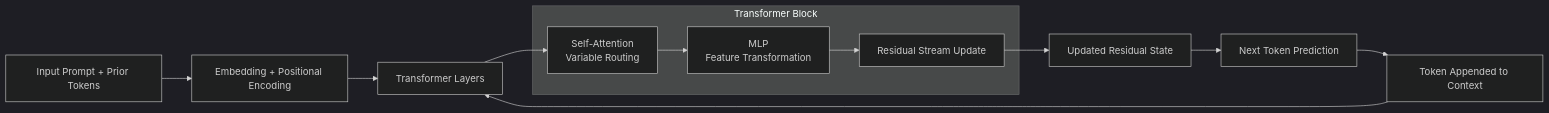
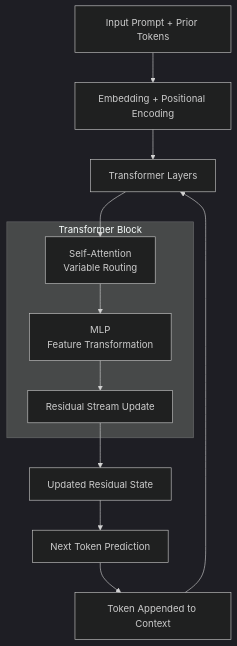
One commit to mikew686/ai-learn changed the diagram in ai-research/foundations_reasoning.md. Above: the diagram before and after it, drawn with Mermaid (dark theme).

Commit message:
chart format

````diff
--- a/ai-research/foundations_reasoning.md
+++ b/ai-research/foundations_reasoning.md
@@ -61,19 +61,19 @@
 ```mermaid
-flowchart LR
+flowchart TB
 
 A[Input Prompt + Prior Tokens] --> B[Embedding + Positional Encoding]
 B --> C[Transformer Layers]
 
 subgraph Transformer Block
     D[Self-Attention<br/>Variable Routing]
     E[MLP<br/>Feature Transformation]
     D --> E
     E --> F[Residual Stream Update]
 end
 
 C --> D
 F --> G[Updated Residual State]
 G --> H[Next Token Prediction]
 H --> I[Token Appended to Context]
 I --> C
 ```
````
